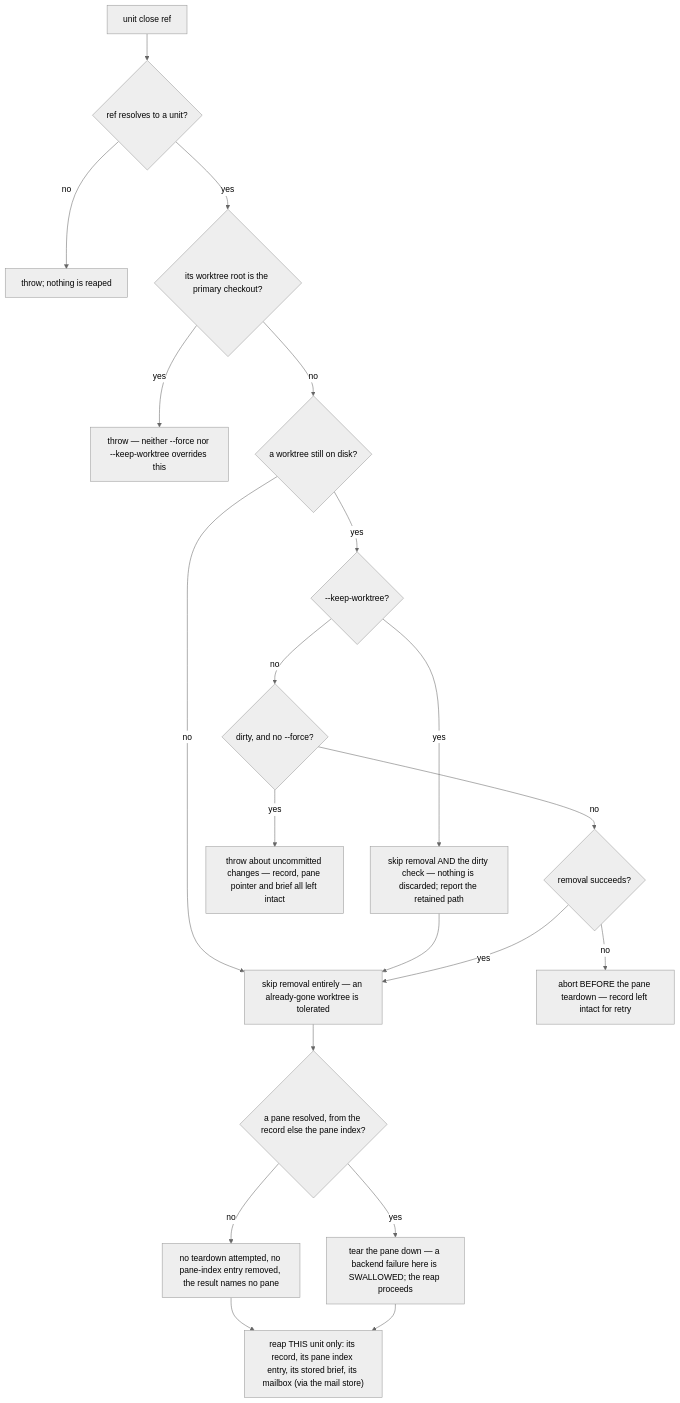
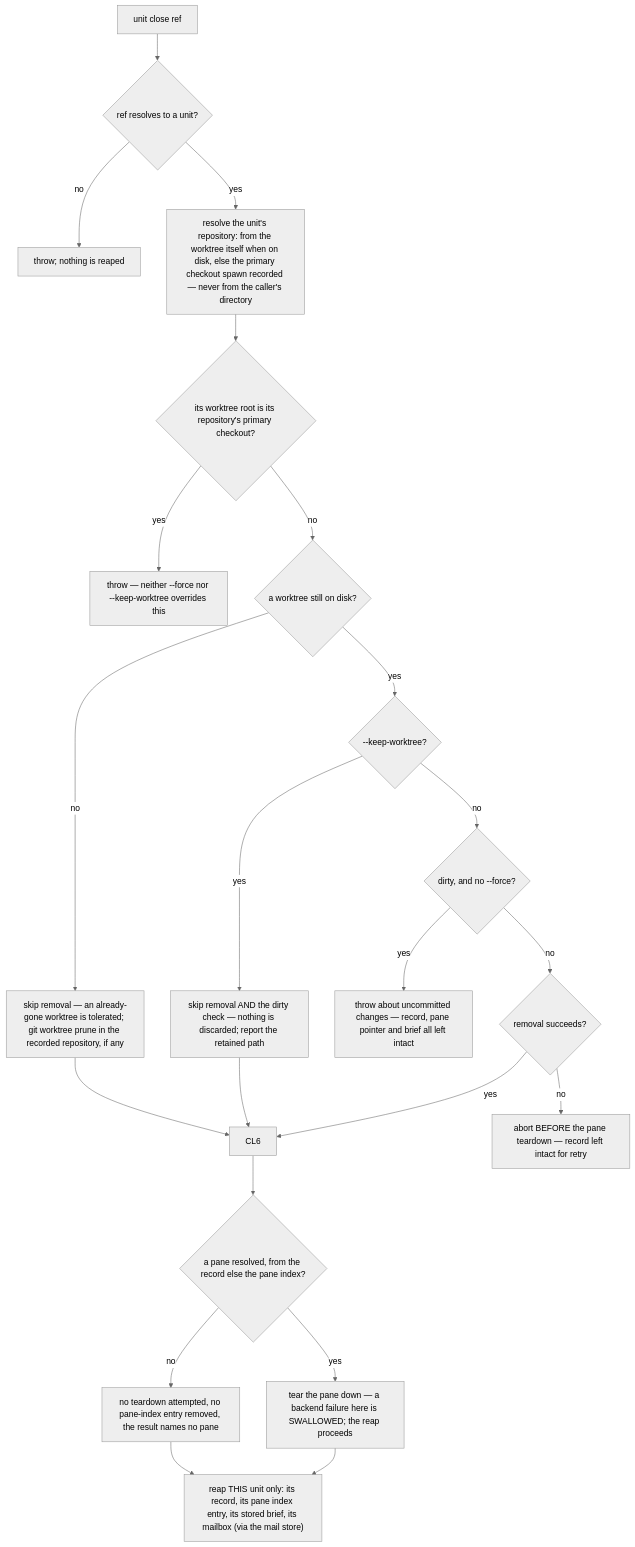
One commit to cyberuni/cyberlegion changed the fifth of 6 diagrams in packages/cyberlegion/.agents/spec/unit/lifecycle/README.md. Above: the diagram before and after it, drawn with Mermaid (neutral theme). The commit also changed other lines of this file and 8 other files, not shown here.

First line of the commit message:
fix: resolve the unit's repository from its worktree in unit close (#124)

````diff
--- a/packages/cyberlegion/.agents/spec/unit/lifecycle/README.md
+++ b/packages/cyberlegion/.agents/spec/unit/lifecycle/README.md
@@ -507,22 +516,24 @@
 ```mermaid
 graph TD
   CL0["unit close ref"] --> CL1{"ref resolves to a unit?"}
   CL1 -- no --> CL1X["throw; nothing is reaped"]
-  CL1 -- yes --> CL2{"its worktree root is the primary checkout?"}
+  CL1 -- yes --> CLR["resolve the unit's repository: from the worktree itself when on disk, else the primary checkout spawn recorded — never from the caller's directory"]
+  CLR --> CL2{"its worktree root is its repository's primary checkout?"}
   CL2 -- yes --> CL2X["throw — neither --force nor --keep-worktree overrides this"]
   CL2 -- no --> CL3{"a worktree still on disk?"}
-  CL3 -- no --> CL6["skip removal entirely — an already-gone worktree is tolerated"]
+  CL3 -- no --> CLP["skip removal — an already-gone worktree is tolerated; git worktree prune in the recorded repository, if any"]
+  CLP --> CL6
   CL3 -- yes --> CLK{"--keep-worktree?"}
   CLK -- yes --> CLK1["skip removal AND the dirty check — nothing is discarded; report the retained path"]
   CLK1 --> CL6
   CLK -- no --> CL4{"dirty, and no --force?"}
   CL4 -- yes --> CL4X["throw about uncommitted changes — record, pane pointer and brief all left intact"]
   CL4 -- no --> CL5{"removal succeeds?"}
   CL5 -- no --> CL5X["abort BEFORE the pane teardown — record left intact for retry"]
   CL5 -- yes --> CL6
   CL6 --> CL7{"a pane resolved, from the record else the pane index?"}
   CL7 -- no --> CL8["no teardown attempted, no pane-index entry removed, the result names no pane"]
   CL7 -- yes --> CL9["tear the pane down — a backend failure here is SWALLOWED; the reap proceeds"]
   CL8 --> CL10
   CL9 --> CL10["reap THIS unit only: its record, its pane index entry, its stored brief, its mailbox (via the mail store)"]
 ```
````
